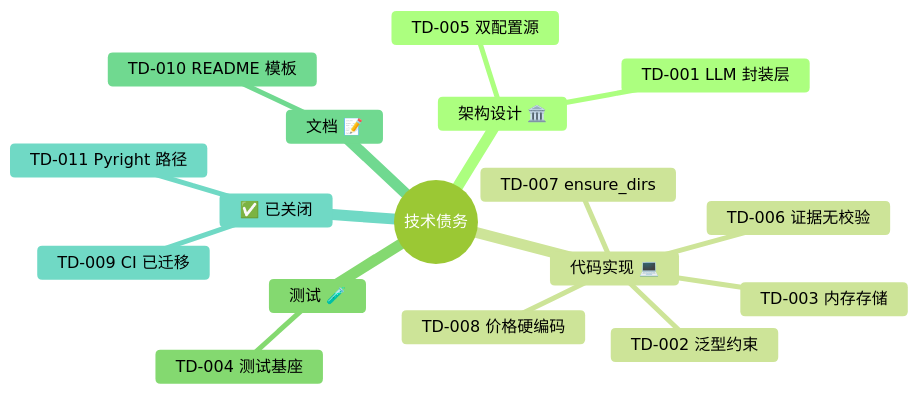
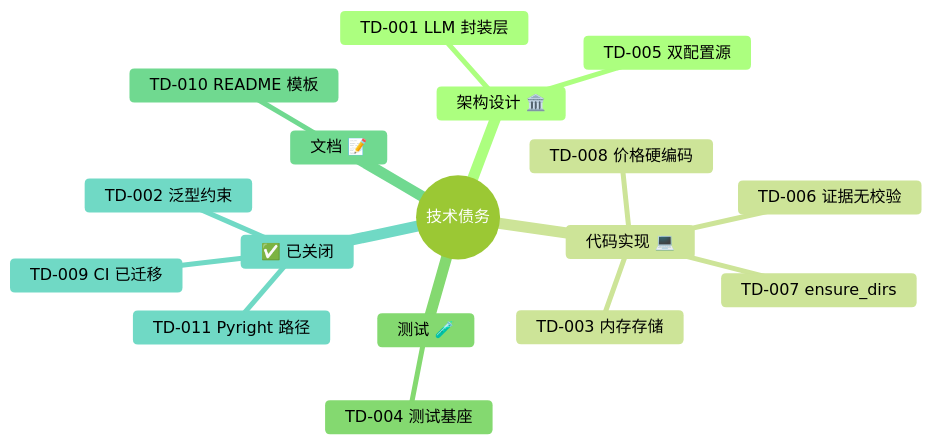
The second of 3 diagrams in docs/技术债务与架构决策/技术债务日志.md (NoahLightryyy/litchi-head), drawn with Mermaid (forest theme) before and after one commit. The commit also changed other lines of this file and 21 other files, not shown here.

````diff
--- a/docs/技术债务与架构决策/技术债务日志.md
+++ b/docs/技术债务与架构决策/技术债务日志.md
@@ -614,20 +619,20 @@
 ```mermaid
 mindmap
   root((技术债务))
     架构设计 🏛️
       TD-001 LLM 封装层
       TD-005 双配置源
     代码实现 💻
-      TD-002 泛型约束
       TD-003 内存存储
       TD-006 证据无校验
       TD-007 ensure_dirs
       TD-008 价格硬编码
     测试 🧪
       TD-004 测试基座
     文档 📝
       TD-010 README 模板
     ✅ 已关闭
+      TD-002 泛型约束
       TD-009 CI 已迁移
       TD-011 Pyright 路径
 ```
````
